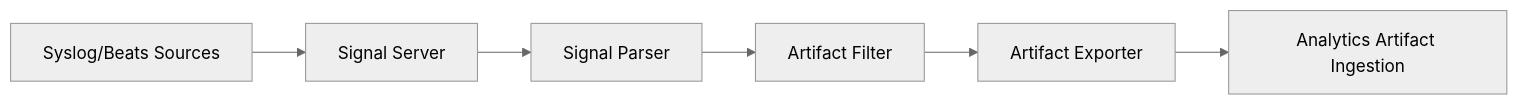
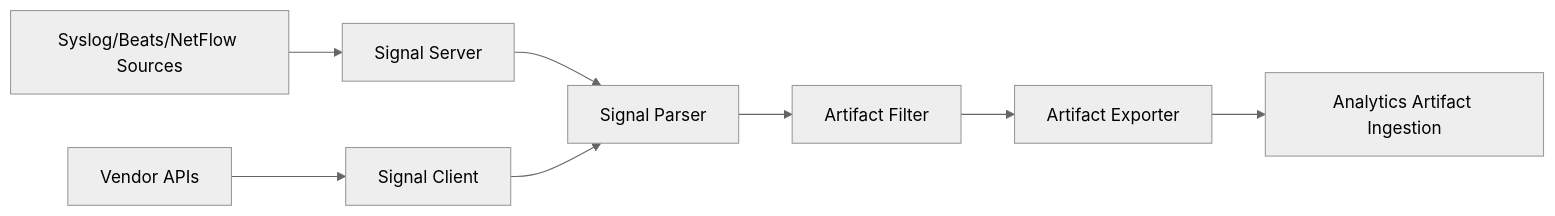
Before and after one commit to witfoo/analytics-docs: the diagram in docs/admin-guide/conductor.md, drawn with Mermaid (neutral theme). The commit also changed other lines of this file and 77 other files, not shown here.

````diff
--- a/docs/admin-guide/conductor.md
+++ b/docs/admin-guide/conductor.md
@@ -7,8 +7,10 @@
 ```mermaid
 graph LR
-    S[Syslog/Beats Sources] --> SS[Signal Server]
+    S[Syslog/Beats/NetFlow Sources] --> SS[Signal Server]
+    V[Vendor APIs] --> SC[Signal Client]
     SS --> SP[Signal Parser]
+    SC --> SP
     SP --> AF[Artifact Filter]
     AF --> AE[Artifact Exporter]
     AE --> AI[Analytics Artifact Ingestion]
 ```
````
